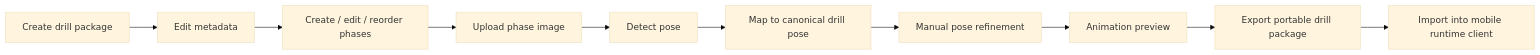
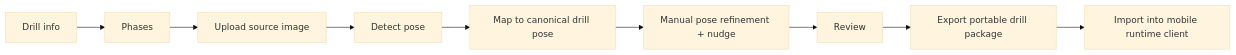
The diagram in docs/current-user-flows.md (Voycepeh/CaliVision-Studio), drawn with Mermaid (base theme) before and after one commit. The commit also changed other lines of this file and 7 other files, not shown here.

Commit message:
refactor(studio): implement flow-first drill authoring workspace

````diff
--- a/docs/current-user-flows.md
+++ b/docs/current-user-flows.md
@@ -19,12 +18,11 @@
 ```mermaid
 flowchart LR
-    A[Create drill package] --> B[Edit metadata]
-    B --> C[Create / edit / reorder phases]
-    C --> D[Upload phase image]
-    D --> E[Detect pose]
-    E --> F[Map to canonical drill pose]
-    F --> G[Manual pose refinement]
-    G --> H[Animation preview]
-    H --> I[Export portable drill package]
-    I --> J[Import into mobile runtime client]
+    A[Drill info] --> B[Phases]
+    B --> C[Upload source image]
+    C --> D[Detect pose]
+    D --> E[Map to canonical drill pose]
+    E --> F[Manual pose refinement + nudge]
+    F --> G[Review]
+    G --> H[Export portable drill package]
+    H --> I[Import into mobile runtime client]
 ```
````
